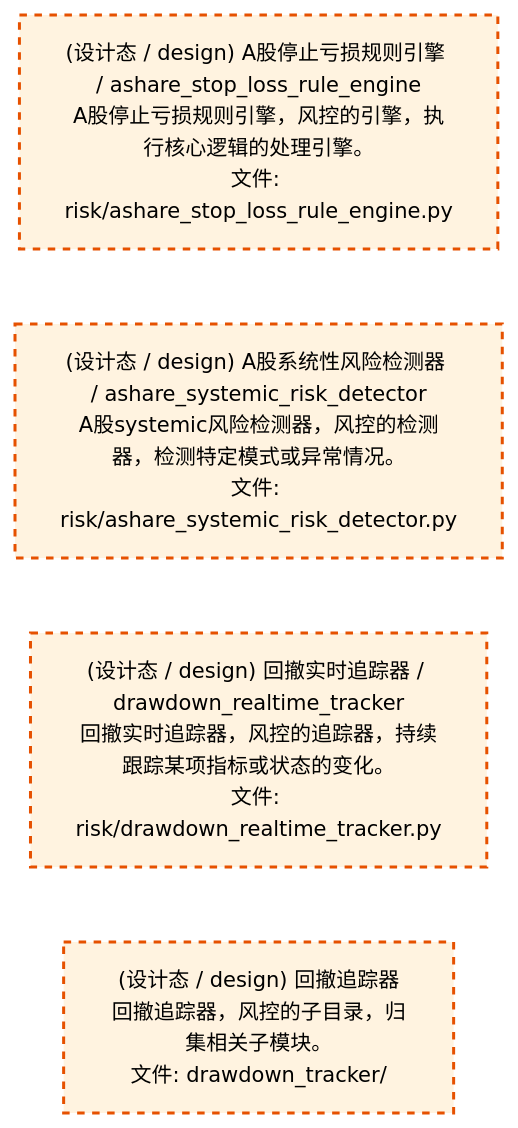
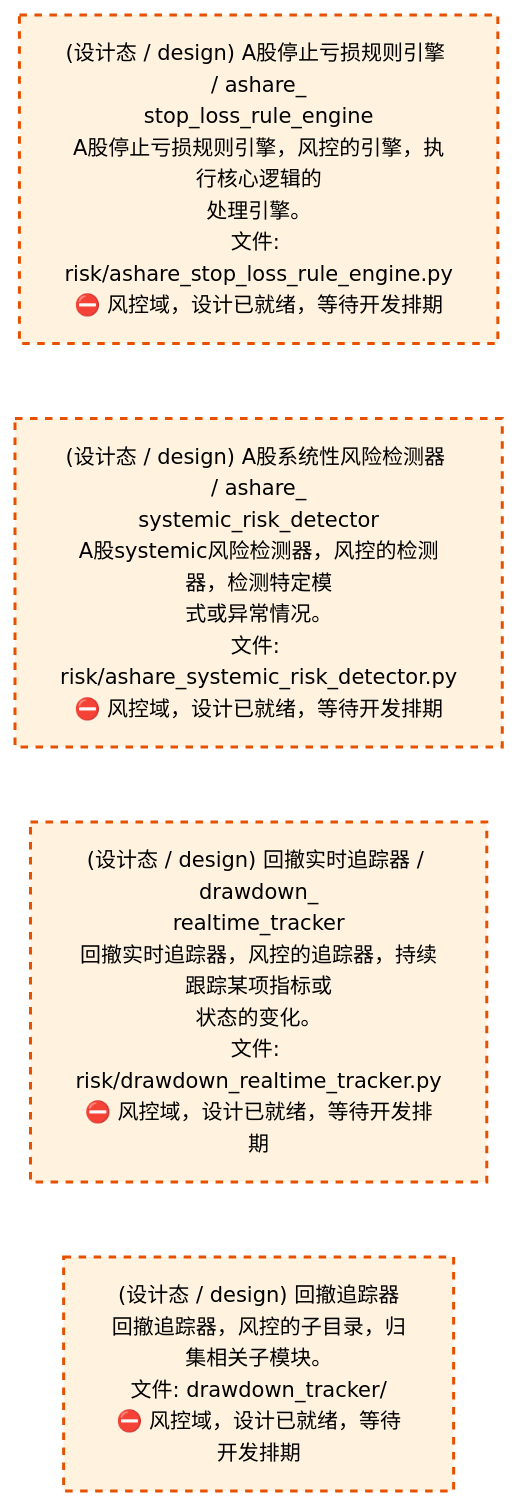
Before and after one commit to xuanFelixVan/ZephyrAlpha: the third of 4 diagrams in docs/02_enterprise_architecture/02_domain_architecture_docs/65_d_risk.md, drawn with Mermaid. The commit also changed other lines of this file and 61 other files, not shown here.

````diff
--- a/docs/02_enterprise_architecture/02_domain_architecture_docs/65_d_risk.md
+++ b/docs/02_enterprise_architecture/02_domain_architecture_docs/65_d_risk.md
@@ -181,16 +181,16 @@
 ```mermaid
 %%{init: {'theme': 'base', 'themeVariables': {'primaryColor': '#eaeaea', 'primaryTextColor': '#333333', 'primaryBorderColor': '#666666', 'lineColor': '#666666', 'secondaryColor': '#eaeaea', 'tertiaryColor': '#eaeaea', 'fontSize': '14px'}}}%%
 flowchart TD
-    src_zephyr_risk_ashare_stop_loss_rule_engine_py["(设计态 / design) A股停止亏损规则引擎 / ashare_stop_loss_rule_engine<br/>A股停止亏损规则引擎，风控的引擎，执行核心逻辑的处理引擎。<br/>文件: risk/ashare_stop_loss_rule_engine.py"]
-    src_zephyr_risk_ashare_systemic_risk_detector_py["(设计态 / design) A股系统性风险检测器 / ashare_systemic_risk_detector<br/>A股systemic风险检测器，风控的检测器，检测特定模式或异常情况。<br/>文件: risk/ashare_systemic_risk_detector.py"]
-    src_zephyr_risk_drawdown_realtime_tracker_py["(设计态 / design) 回撤实时追踪器 / drawdown_realtime_tracker<br/>回撤实时追踪器，风控的追踪器，持续跟踪某项指标或状态的变化。<br/>文件: risk/drawdown_realtime_tracker.py"]
-    src_zephyr_risk_drawdown_tracker["(设计态 / design) 回撤追踪器<br/>回撤追踪器，风控的子目录，归集相关子模块。<br/>文件: drawdown_tracker/"]
+    src_zephyr_risk_ashare_stop_loss_rule_engine_py["(设计态 / design) A股停止亏损规则引擎 / ashare_<br/>stop_loss_rule_engine<br/>A股停止亏损规则引擎，风控的引擎，执行核心逻辑的<br/>处理引擎。<br/>文件: risk/ashare_stop_loss_rule_engine.py<br/>⛔ 风控域，设计已就绪，等待开发排期"]
+    src_zephyr_risk_ashare_systemic_risk_detector_py["(设计态 / design) A股系统性风险检测器 / ashare_<br/>systemic_risk_detector<br/>A股systemic风险检测器，风控的检测器，检测特定模<br/>式或异常情况。<br/>文件: risk/ashare_systemic_risk_detector.py<br/>⛔ 风控域，设计已就绪，等待开发排期"]
+    src_zephyr_risk_drawdown_realtime_tracker_py["(设计态 / design) 回撤实时追踪器 / drawdown_<br/>realtime_tracker<br/>回撤实时追踪器，风控的追踪器，持续跟踪某项指标或<br/>状态的变化。<br/>文件: risk/drawdown_realtime_tracker.py<br/>⛔ 风控域，设计已就绪，等待开发排期"]
+    src_zephyr_risk_drawdown_tracker["(设计态 / design) 回撤追踪器<br/>回撤追踪器，风控的子目录，归集相关子模块。<br/>文件: drawdown_tracker/<br/>⛔ 风控域，设计已就绪，等待开发排期"]
     src_zephyr_risk_ashare_stop_loss_rule_engine_py ~~~ src_zephyr_risk_ashare_systemic_risk_detector_py
     src_zephyr_risk_ashare_systemic_risk_detector_py ~~~ src_zephyr_risk_drawdown_realtime_tracker_py
     src_zephyr_risk_drawdown_realtime_tracker_py ~~~ src_zephyr_risk_drawdown_tracker
     classDef production fill:#e1f5fe,stroke:#01579b,stroke-width:2px,color:#000
     classDef design fill:#fff3e0,stroke:#e65100,stroke-width:2px,color:#000,stroke-dasharray: 5 5
     classDef external_prod fill:#e8f4fd,stroke:#0277bd,stroke-width:1px,color:#000
     classDef external_design fill:#fff8e7,stroke:#ef6c00,stroke-width:1px,color:#000,stroke-dasharray: 5 5
     class src_zephyr_risk_ashare_stop_loss_rule_engine_py,src_zephyr_risk_ashare_systemic_risk_detector_py,src_zephyr_risk_drawdown_realtime_tracker_py,src_zephyr_risk_drawdown_tracker design
 ```
````
